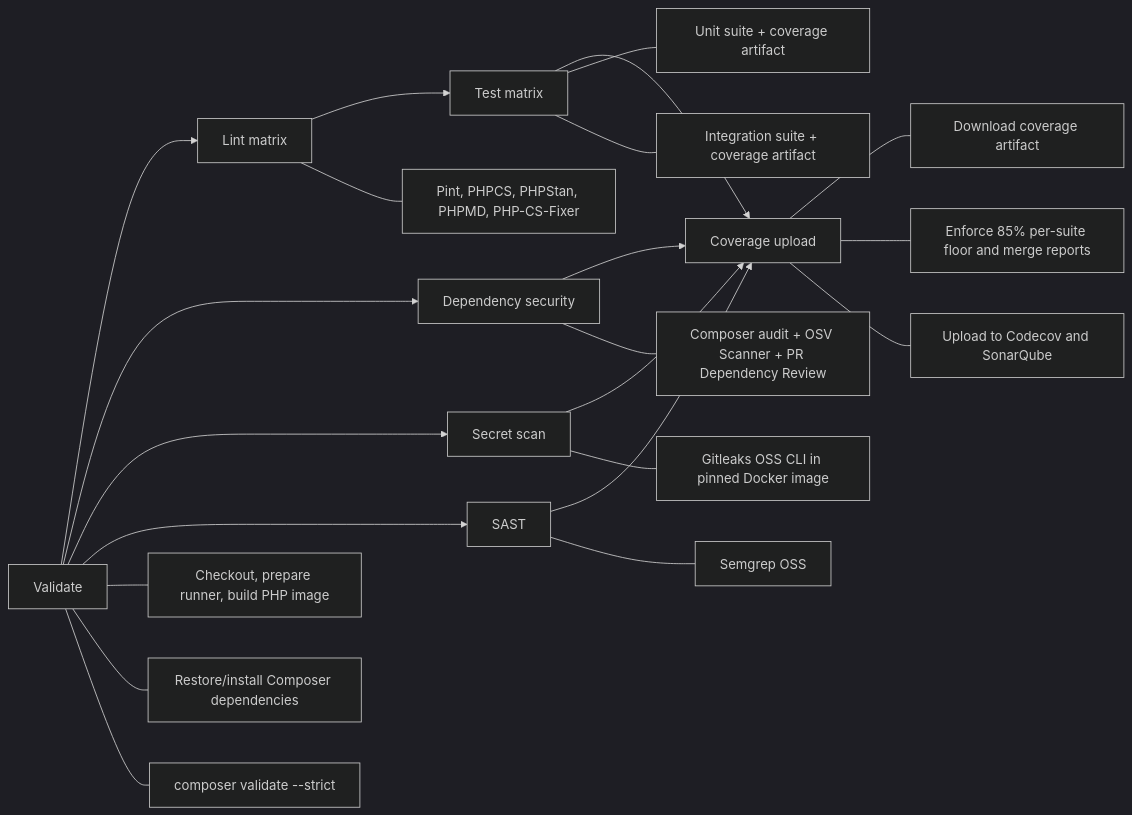
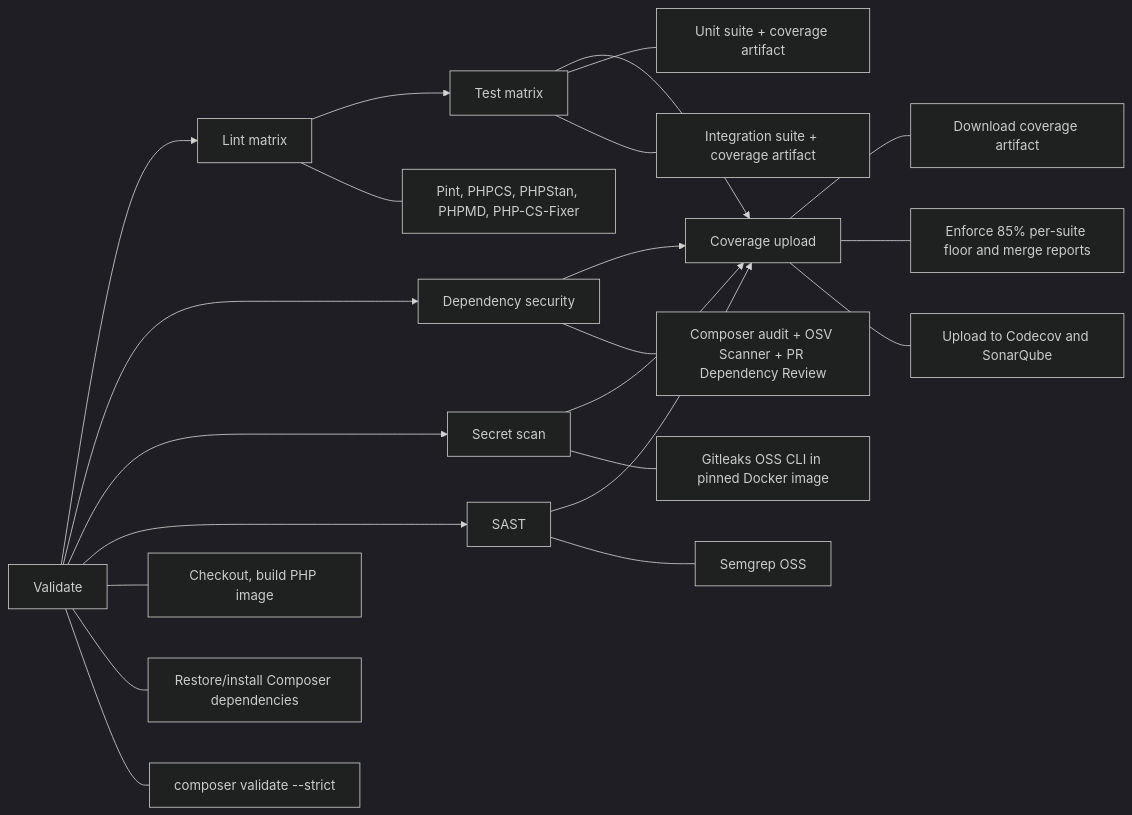
One commit to jooservices/dto changed the third of 5 diagrams in WORKFLOWS.md. Above: the diagram before and after it, drawn with Mermaid (dark theme). The commit also changed other lines of this file and 6 other files, not shown here.

````diff
--- a/WORKFLOWS.md
+++ b/WORKFLOWS.md
@@ -80,24 +75,24 @@
 ```mermaid
 flowchart LR
     V[Validate] --> L[Lint matrix] --> T[Test matrix] --> C[Coverage upload]
     V --> D[Dependency security]
     V --> S[Secret scan]
     V --> A[SAST]
     D --> C
     S --> C
     A --> C
 
-    V --- V1[Checkout, prepare runner, build PHP image]
+    V --- V1[Checkout, build PHP image]
     V --- V2[Restore/install Composer dependencies]
     V --- V3[composer validate --strict]
 
     L --- L1[Pint, PHPCS, PHPStan, PHPMD, PHP-CS-Fixer]
     T --- T1[Unit suite + coverage artifact]
     T --- T2[Integration suite + coverage artifact]
     D --- D1[Composer audit + OSV Scanner + PR Dependency Review]
     S --- S1[Gitleaks OSS CLI in pinned Docker image]
     A --- A1[Semgrep OSS]
     C --- C1[Download coverage artifact]
     C --- C2[Enforce 85% per-suite floor and merge reports]
     C --- C3[Upload to Codecov and SonarQube]
 ```
````
